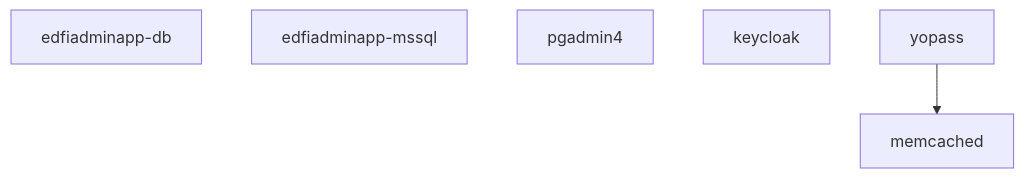
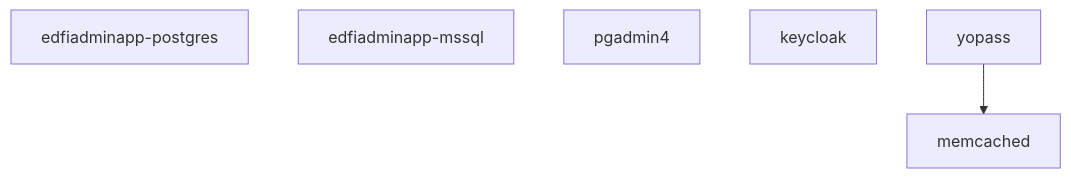
Before and after one commit to Ed-Fi-Alliance-OSS/Ed-Fi-AdminApp: the first of 4 diagrams in compose/readme.md, drawn with Mermaid. The commit also changed other lines of this file and 3 other files, not shown here.

````diff
--- a/compose/readme.md
+++ b/compose/readme.md
@@ -9,9 +9,9 @@
 ```mermaid
 graph TD
-  edfiadminapp-db
+  edfiadminapp-postgres
   edfiadminapp-mssql
   pgadmin4
   keycloak
   memcached
   yopass --> memcached
 ```
````
